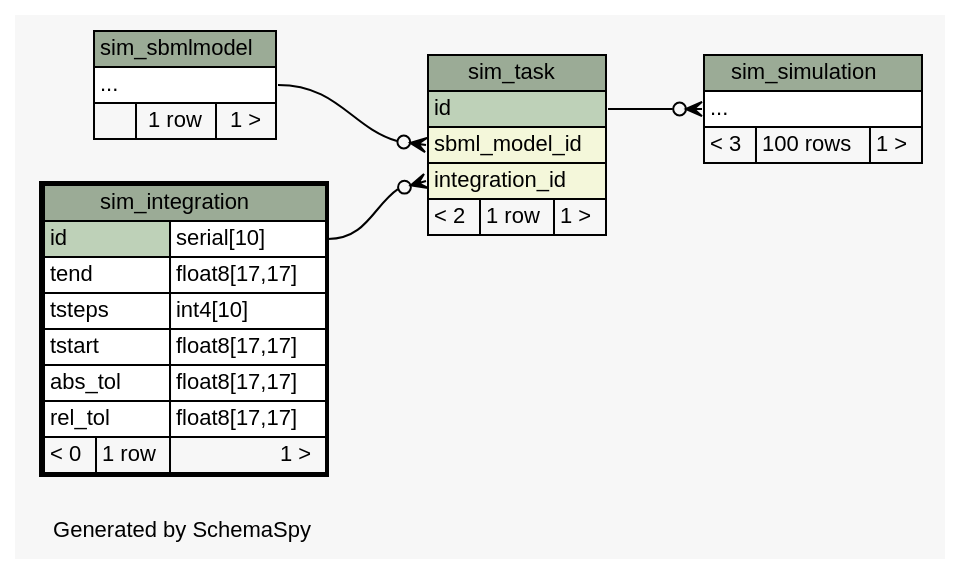
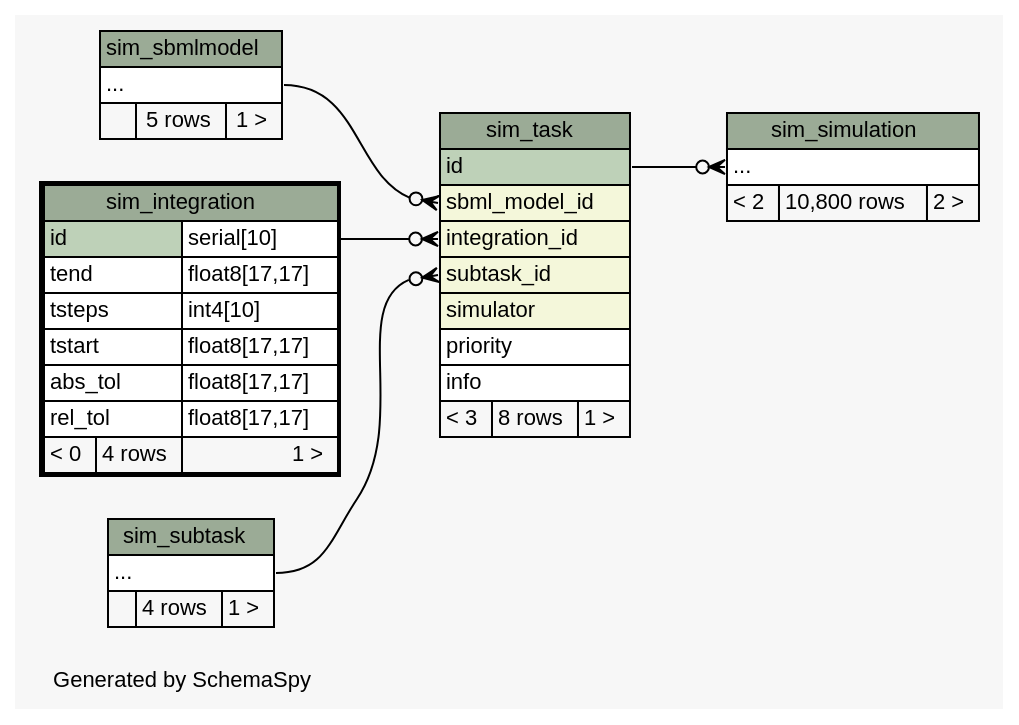
Before and after one commit to jingyayeah/multiscale-galactose: the diagram in database/schema/diagrams/sim_integration.2degrees.dot, drawn with Graphviz. The commit also changed 101 other files, not shown here.

Commit message:
Database schema updated

```diff
--- a/database/schema/diagrams/sim_integration.2degrees.dot
+++ b/database/schema/diagrams/sim_integration.2degrees.dot
@@ -1,72 +1,87 @@
 // dot 2.26.3 on Linux 3.11.0-12-generic
 // SchemaSpy rev 590
 digraph "twoDegreesRelationshipsDiagram" {
   graph [
     rankdir="RL"
     bgcolor="#f7f7f7"
     label="\nGenerated by SchemaSpy"
     labeljust="l"
     nodesep="0.18"
     ranksep="0.46"
     fontname="Helvetica"
     fontsize="11"
   ];
   node [
     fontname="Helvetica"
     fontsize="11"
     shape="plaintext"
   ];
   edge [
     arrowsize="0.8"
   ];
   "sim_simulation":"elipses":w -> "sim_task":"id":e [arrowhead=none dir=back arrowtail=crowodot];
   "sim_task":"integration_id":w -> "sim_integration":"id.type":e [arrowhead=none dir=back arrowtail=crowodot];
   "sim_task":"sbml_model_id":w -> "sim_sbmlmodel":"elipses":e [arrowhead=none dir=back arrowtail=crowodot];
+  "sim_task":"subtask_id":w -> "sim_subtask":"elipses":e [arrowhead=none dir=back arrowtail=crowodot];
   "sim_integration" [
     label=<
     <TABLE BORDER="2" CELLBORDER="1" CELLSPACING="0" BGCOLOR="#ffffff">
       <TR><TD COLSPAN="3" BGCOLOR="#9bab96" ALIGN="CENTER">sim_integration</TD></TR>
       <TR><TD PORT="id" COLSPAN="2" BGCOLOR="#bed1b8" ALIGN="LEFT">id</TD><TD PORT="id.type" ALIGN="LEFT">serial[10]</TD></TR>
       <TR><TD PORT="tend" COLSPAN="2" ALIGN="LEFT">tend</TD><TD PORT="tend.type" ALIGN="LEFT">float8[17,17]</TD></TR>
       <TR><TD PORT="tsteps" COLSPAN="2" ALIGN="LEFT">tsteps</TD><TD PORT="tsteps.type" ALIGN="LEFT">int4[10]</TD></TR>
       <TR><TD PORT="tstart" COLSPAN="2" ALIGN="LEFT">tstart</TD><TD PORT="tstart.type" ALIGN="LEFT">float8[17,17]</TD></TR>
       <TR><TD PORT="abs_tol" COLSPAN="2" ALIGN="LEFT">abs_tol</TD><TD PORT="abs_tol.type" ALIGN="LEFT">float8[17,17]</TD></TR>
       <TR><TD PORT="rel_tol" COLSPAN="2" ALIGN="LEFT">rel_tol</TD><TD PORT="rel_tol.type" ALIGN="LEFT">float8[17,17]</TD></TR>
-      <TR><TD ALIGN="LEFT" BGCOLOR="#f7f7f7">&lt; 0</TD><TD ALIGN="RIGHT" BGCOLOR="#f7f7f7">1 row</TD><TD ALIGN="RIGHT" BGCOLOR="#f7f7f7">1 &gt;</TD></TR>
+      <TR><TD ALIGN="LEFT" BGCOLOR="#f7f7f7">&lt; 0</TD><TD ALIGN="RIGHT" BGCOLOR="#f7f7f7">4 rows</TD><TD ALIGN="RIGHT" BGCOLOR="#f7f7f7">1 &gt;</TD></TR>
     </TABLE>>
     URL="sim_integration.html"
     tooltip="sim_integration"
   ];
   "sim_sbmlmodel" [
     label=<
     <TABLE BORDER="0" CELLBORDER="1" CELLSPACING="0" BGCOLOR="#ffffff">
       <TR><TD COLSPAN="3" BGCOLOR="#9bab96" ALIGN="CENTER">sim_sbmlmodel</TD></TR>
       <TR><TD PORT="elipses" COLSPAN="3" ALIGN="LEFT">...</TD></TR>
-      <TR><TD ALIGN="LEFT" BGCOLOR="#f7f7f7">  </TD><TD ALIGN="RIGHT" BGCOLOR="#f7f7f7">1 row</TD><TD ALIGN="RIGHT" BGCOLOR="#f7f7f7">1 &gt;</TD></TR>
+      <TR><TD ALIGN="LEFT" BGCOLOR="#f7f7f7">  </TD><TD ALIGN="RIGHT" BGCOLOR="#f7f7f7">5 rows</TD><TD ALIGN="RIGHT" BGCOLOR="#f7f7f7">1 &gt;</TD></TR>
     </TABLE>>
     URL="sim_sbmlmodel.html"
     tooltip="sim_sbmlmodel"
   ];
   "sim_simulation" [
     label=<
     <TABLE BORDER="0" CELLBORDER="1" CELLSPACING="0" BGCOLOR="#ffffff">
       <TR><TD COLSPAN="3" BGCOLOR="#9bab96" ALIGN="CENTER">sim_simulation</TD></TR>
       <TR><TD PORT="elipses" COLSPAN="3" ALIGN="LEFT">...</TD></TR>
-      <TR><TD ALIGN="LEFT" BGCOLOR="#f7f7f7">&lt; 3</TD><TD ALIGN="RIGHT" BGCOLOR="#f7f7f7">100 rows</TD><TD ALIGN="RIGHT" BGCOLOR="#f7f7f7">1 &gt;</TD></TR>
+      <TR><TD ALIGN="LEFT" BGCOLOR="#f7f7f7">&lt; 2</TD><TD ALIGN="RIGHT" BGCOLOR="#f7f7f7">10,800 rows</TD><TD ALIGN="RIGHT" BGCOLOR="#f7f7f7">2 &gt;</TD></TR>
     </TABLE>>
     URL="sim_simulation.html"
     tooltip="sim_simulation"
+  ];
+  "sim_subtask" [
+    label=<
+    <TABLE BORDER="0" CELLBORDER="1" CELLSPACING="0" BGCOLOR="#ffffff">
+      <TR><TD COLSPAN="3" BGCOLOR="#9bab96" ALIGN="CENTER">sim_subtask</TD></TR>
+      <TR><TD PORT="elipses" COLSPAN="3" ALIGN="LEFT">...</TD></TR>
+      <TR><TD ALIGN="LEFT" BGCOLOR="#f7f7f7">  </TD><TD ALIGN="RIGHT" BGCOLOR="#f7f7f7">4 rows</TD><TD ALIGN="RIGHT" BGCOLOR="#f7f7f7">1 &gt;</TD></TR>
+    </TABLE>>
+    URL="sim_subtask.html"
+    tooltip="sim_subtask"
   ];
   "sim_task" [
     label=<
     <TABLE BORDER="0" CELLBORDER="1" CELLSPACING="0" BGCOLOR="#ffffff">
       <TR><TD COLSPAN="3" BGCOLOR="#9bab96" ALIGN="CENTER">sim_task</TD></TR>
       <TR><TD PORT="id" COLSPAN="3" BGCOLOR="#bed1b8" ALIGN="LEFT">id</TD></TR>
       <TR><TD PORT="sbml_model_id" COLSPAN="3" BGCOLOR="#f4f7da" ALIGN="LEFT">sbml_model_id</TD></TR>
       <TR><TD PORT="integration_id" COLSPAN="3" BGCOLOR="#f4f7da" ALIGN="LEFT">integration_id</TD></TR>
-      <TR><TD ALIGN="LEFT" BGCOLOR="#f7f7f7">&lt; 2</TD><TD ALIGN="RIGHT" BGCOLOR="#f7f7f7">1 row</TD><TD ALIGN="RIGHT" BGCOLOR="#f7f7f7">1 &gt;</TD></TR>
+      <TR><TD PORT="subtask_id" COLSPAN="3" BGCOLOR="#f4f7da" ALIGN="LEFT">subtask_id</TD></TR>
+      <TR><TD PORT="simulator" COLSPAN="3" BGCOLOR="#f4f7da" ALIGN="LEFT">simulator</TD></TR>
+      <TR><TD PORT="priority" COLSPAN="3" ALIGN="LEFT">priority</TD></TR>
+      <TR><TD PORT="info" COLSPAN="3" ALIGN="LEFT">info</TD></TR>
+      <TR><TD ALIGN="LEFT" BGCOLOR="#f7f7f7">&lt; 3</TD><TD ALIGN="RIGHT" BGCOLOR="#f7f7f7">8 rows</TD><TD ALIGN="RIGHT" BGCOLOR="#f7f7f7">1 &gt;</TD></TR>
     </TABLE>>
     URL="sim_task.html"
     tooltip="sim_task"
   ];
 }
```
